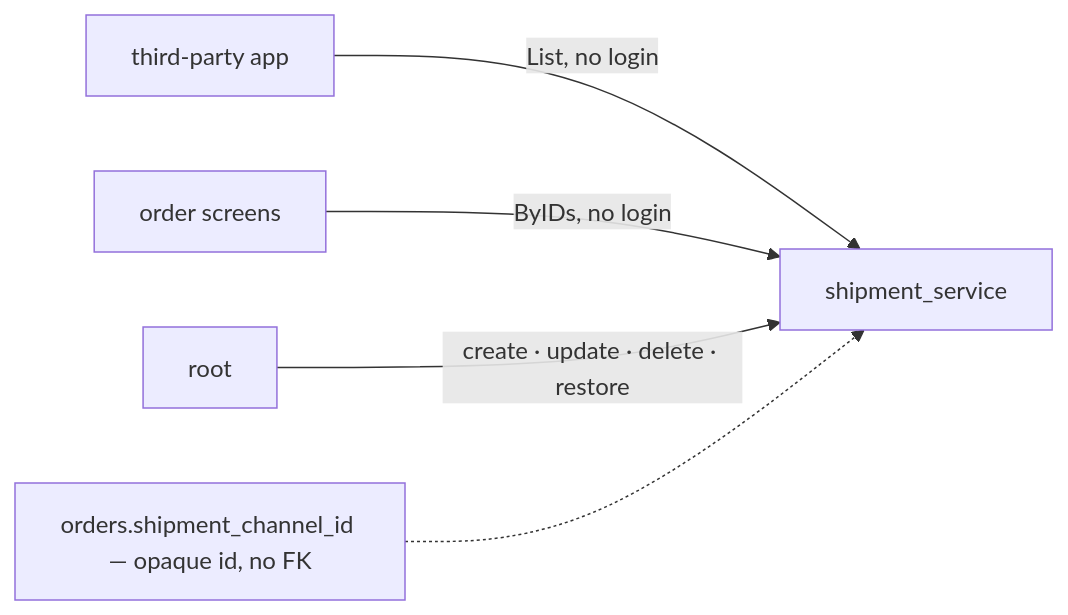
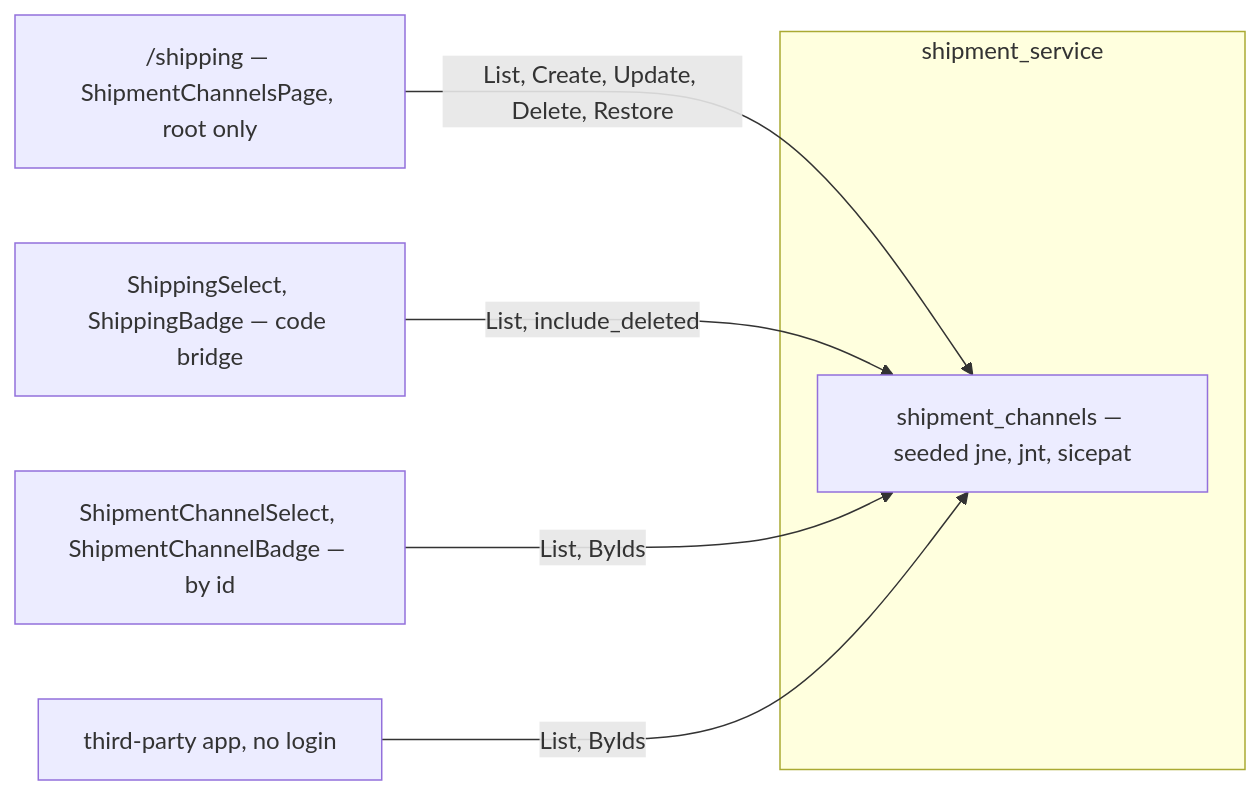
Before and after one commit to pdcgo/warehouse_revamp: the diagram in docs/development_state/shipment/context.md, drawn with Mermaid. The commit also changed other lines of this file and 83 other files, not shown here.

First line of the commit message:
shipment: implement shipment_service and retire shipping_service

````diff
--- a/docs/development_state/shipment/context.md
+++ b/docs/development_state/shipment/context.md
@@ -22,7 +13,10 @@
 ```mermaid
 flowchart LR
-  APP["third-party app"] -->|"List, no login"| S["shipment_service"]
-  ORDER["order screens"] -->|"ByIDs, no login"| S
-  ROOT["root"] -->|"create · update · delete · restore"| S
-  O["orders.shipment_channel_id — opaque id, no FK"] -.-> S
+  subgraph "shipment_service"
+    T["shipment_channels — seeded jne, jnt, sicepat"]
+  end
+  PAGE["/shipping — ShipmentChannelsPage, root only"] -->|"List, Create, Update, Delete, Restore"| T
+  OLD["ShippingSelect, ShippingBadge — code bridge"] -->|"List, include_deleted"| T
+  NEW["ShipmentChannelSelect, ShipmentChannelBadge — by id"] -->|"List, ByIds"| T
+  APP["third-party app, no login"] -->|"List, ByIds"| T
 ```
````
